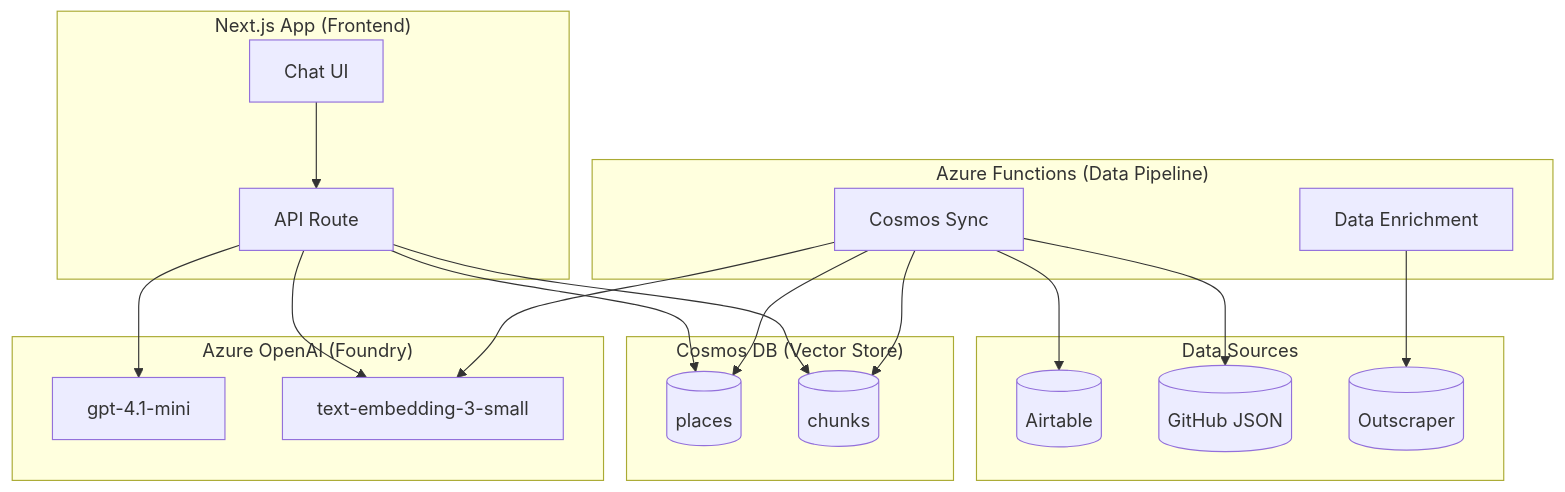
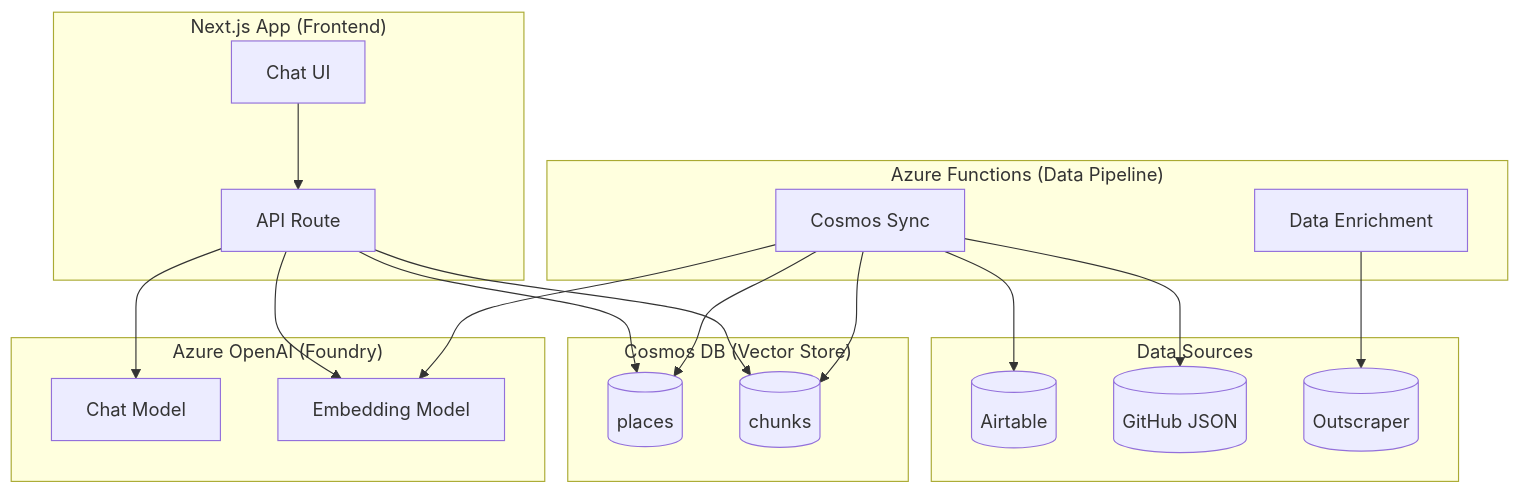
The diagram in docs/ai.md (segunak/charlotte-third-places), drawn with Mermaid before and after one commit. The commit also changed other lines of this file and 3 other files, not shown here.

````diff
--- a/docs/ai.md
+++ b/docs/ai.md
@@ -7,41 +7,41 @@
 ```mermaid
 flowchart TB
     subgraph Frontend["Next.js App (Frontend)"]
         Chat[Chat UI]
         API[API Route]
     end
 
     subgraph Pipeline["Azure Functions (Data Pipeline)"]
         Sync[Cosmos Sync]
         Enrich[Data Enrichment]
     end
 
     subgraph Sources["Data Sources"]
         Airtable[(Airtable)]
         GitHub[(GitHub JSON)]
         Outscraper[(Outscraper)]
     end
 
     subgraph Cosmos["Cosmos DB (Vector Store)"]
         Places[(places)]
         Chunks[(chunks)]
     end
 
     subgraph OpenAI["Azure OpenAI (Foundry)"]
-        GPT[gpt-4.1-mini]
-        Embed[text-embedding-3-small]
+        GPT[Chat Model]
+        Embed[Embedding Model]
     end
 
     Chat --> API
     API --> Places
     API --> Chunks
     API --> GPT
     API --> Embed
 
     Sync --> Airtable
     Sync --> GitHub
     Enrich --> Outscraper
     Sync --> Places
     Sync --> Chunks
     Sync --> Embed
 ```
````
